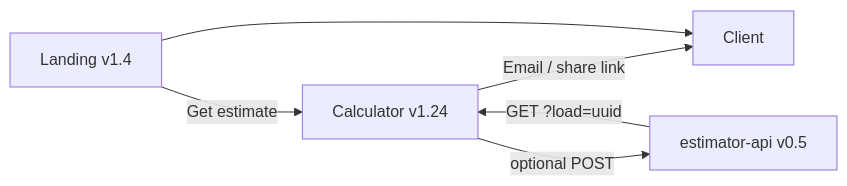
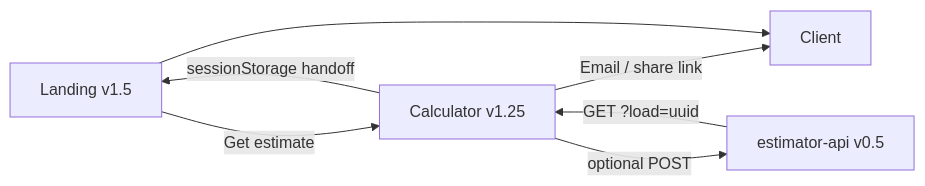
One commit to pixellayer7-jpg/pixellayer7-jpg changed the diagram in README.md. Above: the diagram before and after it, drawn with Mermaid. The commit also changed other lines of this file, not shown here.

Commit message:
Profile: document v1.5 landing and v1.25 calculator handoff loop

````diff
--- a/README.md
+++ b/README.md
@@ -18,8 +18,9 @@
 ```mermaid
 flowchart LR
-  A[Landing v1.4] -->|Get estimate| B[Calculator v1.24]
+  A[Landing v1.5] -->|Get estimate| B[Calculator v1.25]
+  B -->|sessionStorage handoff| A
   B -->|Email / share link| C[Client]
   B -->|optional POST| D[estimator-api v0.5]
   D -->|GET ?load=uuid| B
   A --> C
 ```
````
